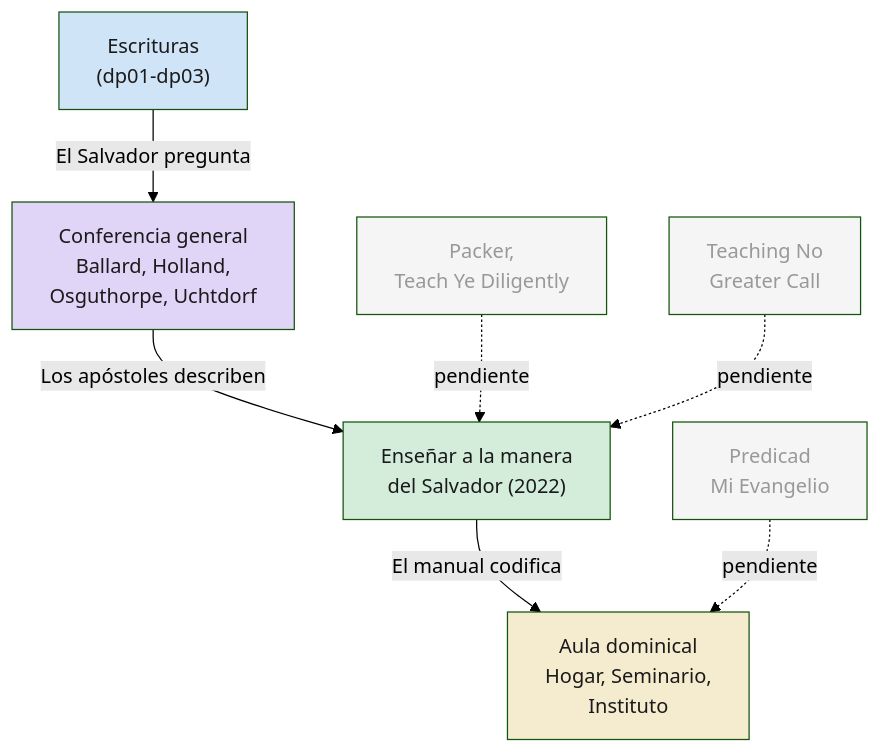
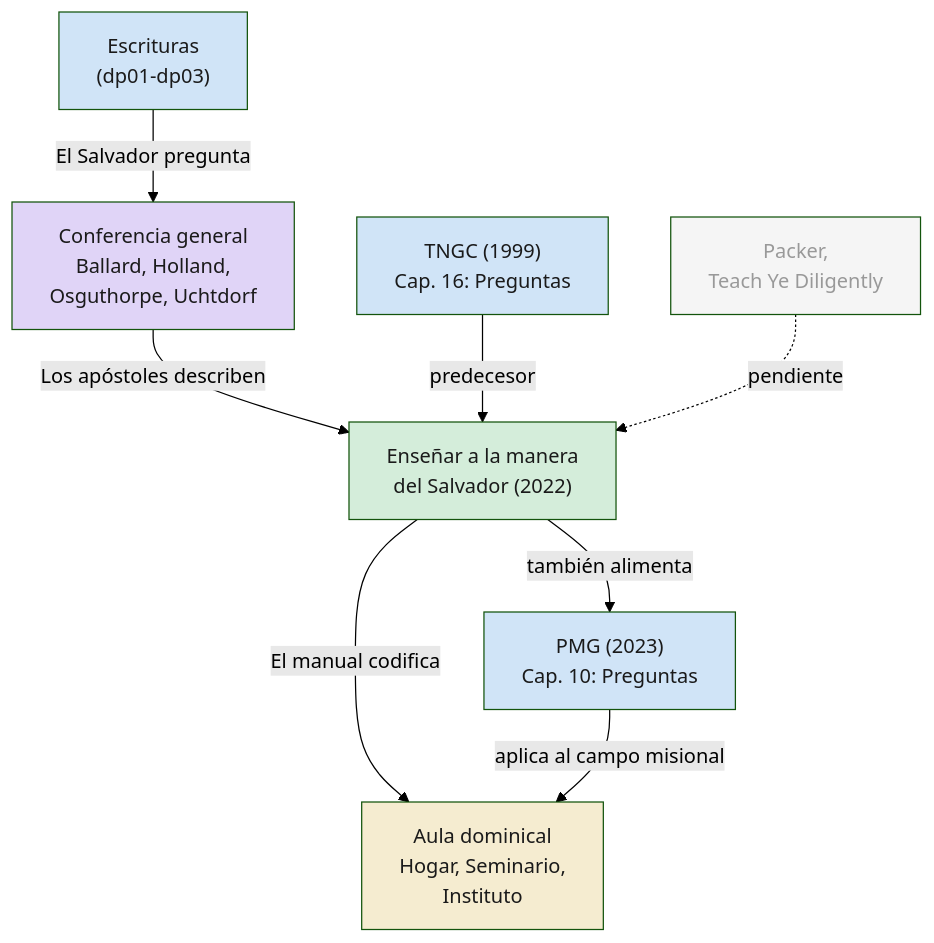
One commit to JPMarichal/kanoniko changed the diagram in prods/dossiers/0009-dp04-uso-institucional.md. Above: the diagram before and after it, drawn with Mermaid (forest theme). The commit also changed other lines of this file and 22 other files, not shown here.

````diff
--- a/prods/dossiers/0009-dp04-uso-institucional.md
+++ b/prods/dossiers/0009-dp04-uso-institucional.md
@@ -133,27 +181,28 @@
 ```mermaid
 graph TD
     ESC["Escrituras<br/>(dp01-dp03)"]
     CONF["Conferencia general<br/>Ballard, Holland,<br/>Osguthorpe, Uchtdorf"]
     MAN["Enseñar a la manera<br/>del Salvador (2022)"]
     AULA["Aula dominical<br/>Hogar, Seminario,<br/>Instituto"]
     
     ESC -->|"El Salvador pregunta"| CONF
     CONF -->|"Los apóstoles describen"| MAN
     MAN -->|"El manual codifica"| AULA
     
+    TNGC["TNGC (1999)<br/>Cap. 16: Preguntas"]
+    PMG["PMG (2023)<br/>Cap. 10: Preguntas"]
     PACK["Packer,<br/>Teach Ye Diligently"]
-    TNGC["Teaching No<br/>Greater Call"]
-    PMG["Predicad<br/>Mi Evangelio"]
     
+    TNGC -->|"predecesor"| MAN
     PACK -.->|"pendiente"| MAN
-    TNGC -.->|"pendiente"| MAN
-    PMG -.->|"pendiente"| AULA
+    PMG -->|"aplica al campo misional"| AULA
+    MAN -->|"también alimenta"| PMG
     
     style ESC fill:#d0e4f7,color:#1a1a1a
     style CONF fill:#e0d4f7,color:#1a1a1a
     style MAN fill:#d4edda,color:#1a1a1a
     style AULA fill:#f5ecd0,color:#1a1a1a
+    style TNGC fill:#d0e4f7,color:#1a1a1a
+    style PMG fill:#d0e4f7,color:#1a1a1a
     style PACK fill:#f5f5f5,color:#999
-    style TNGC fill:#f5f5f5,color:#999
-    style PMG fill:#f5f5f5,color:#999
 ```
````
